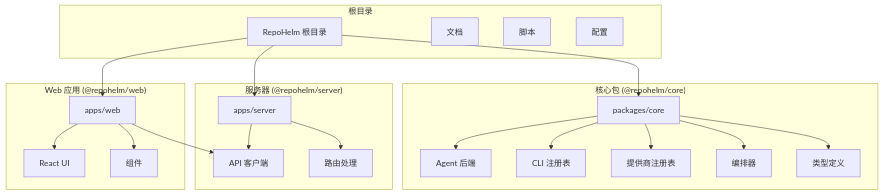
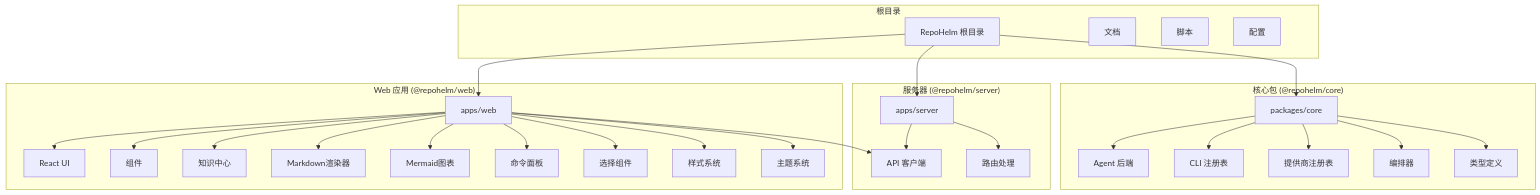
The first of 11 diagrams in .qoder/repowiki/zh/content/快速开始/Claude Code 集成指南.md (coconilu/RepoHelm), drawn with Mermaid before and after one commit. The commit also changed other lines of this file and 13 other files, not shown here.

First line of the commit message:
Docs: add Knowledge Center UI & TDD testing

````diff
--- a/.qoder/repowiki/zh/content/快速开始/Claude Code 集成指南.md
+++ b/.qoder/repowiki/zh/content/快速开始/Claude Code 集成指南.md
@@ -38,41 +58,55 @@
 ```mermaid
 graph TB
 subgraph "根目录"
 Root[RepoHelm 根目录]
 Docs[文档]
 Scripts[脚本]
 Config[配置]
 end
 subgraph "核心包 (@repohelm/core)"
 Core[packages/core]
 Agent[Agent 后端]
 CLI[CLI 注册表]
 Providers[提供商注册表]
 Orchestrator[编排器]
 Types[类型定义]
 end
 subgraph "服务器 (@repohelm/server)"
 Server[apps/server]
 API[REST API]
 Routes[路由处理]
 end
 subgraph "Web 应用 (@repohelm/web)"
 Web[apps/web]
 UI[React UI]
 Components[组件]
 API[API 客户端]
+KnowledgeCenter[知识中心]
+MarkdownRenderer[Markdown渲染器]
+MermaidCharts[Mermaid图表]
+CommandPalette[命令面板]
+SelectComponent[选择组件]
+Styles[样式系统]
+Theme[主题系统]
 end
 Root --> Core
 Root --> Server
 Root --> Web
 Core --> Agent
 Core --> CLI
 Core --> Providers
 Core --> Orchestrator
 Core --> Types
 Server --> API
 Server --> Routes
 Web --> UI
 Web --> Components
 Web --> API
+Web --> KnowledgeCenter
+Web --> MarkdownRenderer
+Web --> MermaidCharts
+Web --> CommandPalette
+Web --> SelectComponent
+Web --> Styles
+Web --> Theme
 ```
````
